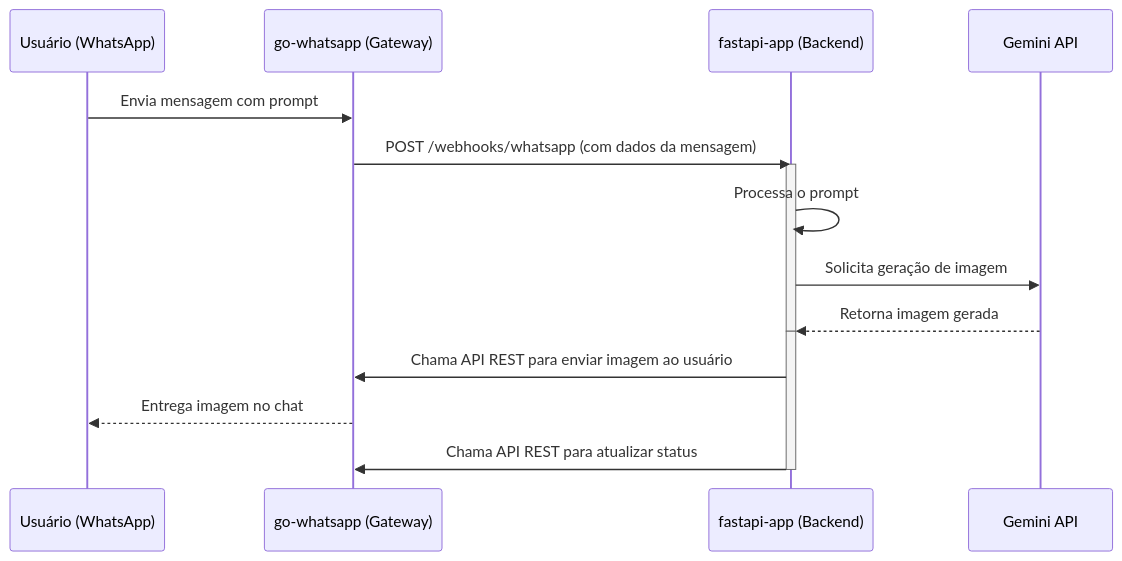
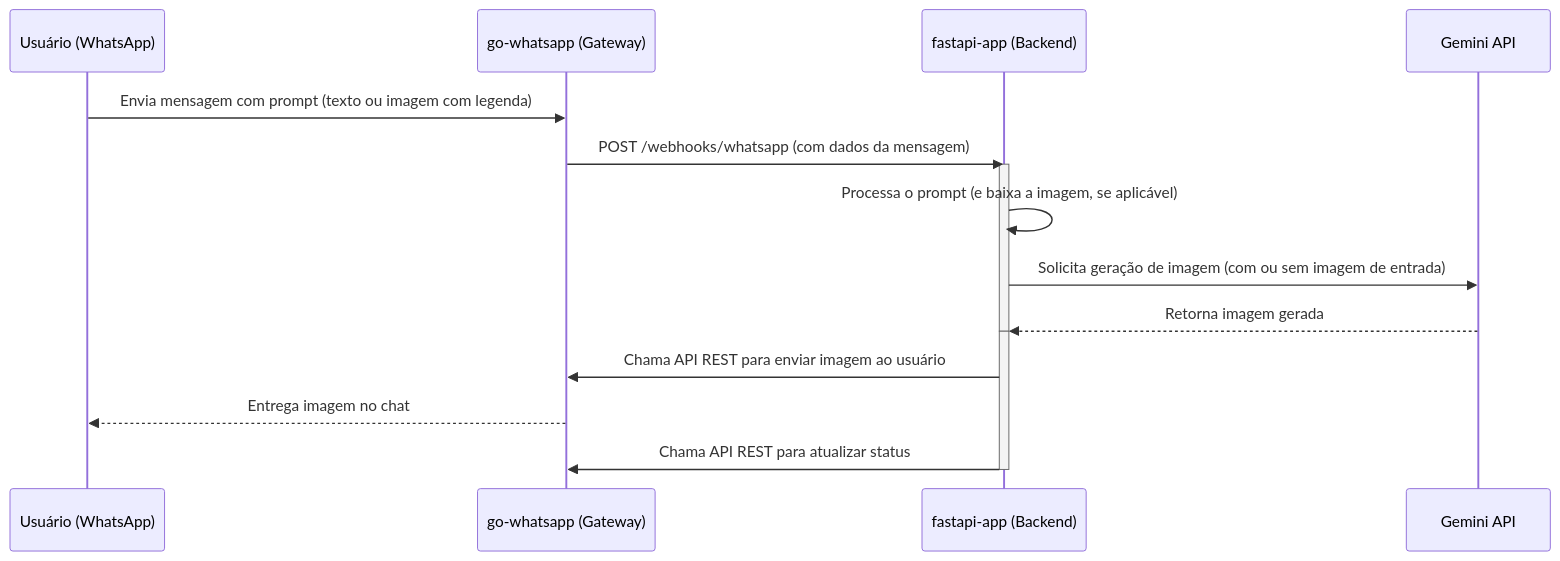
One commit to joaosnet/klique-api changed the diagram in .kilocode/rules/memory-bank/architecture.md. Above: the diagram before and after it, drawn with Mermaid. The commit also changed other lines of this file and 4 other files, not shown here.

````diff
--- a/.kilocode/rules/memory-bank/architecture.md
+++ b/.kilocode/rules/memory-bank/architecture.md
@@ -46,23 +47,23 @@
 ```mermaid
 sequenceDiagram
     participant U as Usuário (WhatsApp)
     participant WAPP as go-whatsapp (Gateway)
     participant API as fastapi-app (Backend)
     participant GEMINI as Gemini API
 
-    U->>WAPP: Envia mensagem com prompt
+    U->>WAPP: Envia mensagem com prompt (texto ou imagem com legenda)
     WAPP->>API: POST /webhooks/whatsapp (com dados da mensagem)
     
     activate API
-    API->>API: Processa o prompt
-    API->>GEMINI: Solicita geração de imagem
+    API->>API: Processa o prompt (e baixa a imagem, se aplicável)
+    API->>GEMINI: Solicita geração de imagem (com ou sem imagem de entrada)
     GEMINI-->>API: Retorna imagem gerada
     deactivate API
     
     activate API
     API->>WAPP: Chama API REST para enviar imagem ao usuário
     WAPP-->>U: Entrega imagem no chat
     
     API->>WAPP: Chama API REST para atualizar status
     deactivate API
 ```
````
